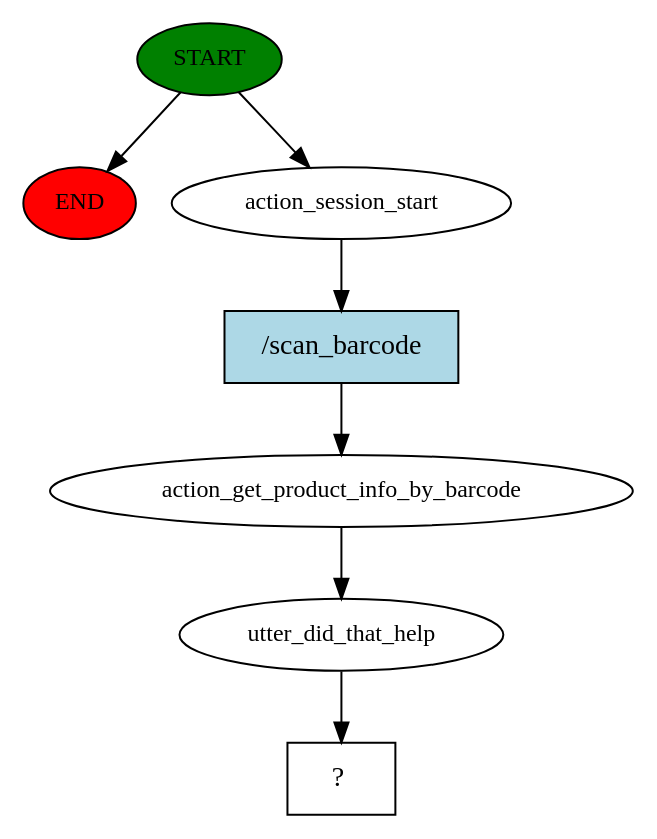
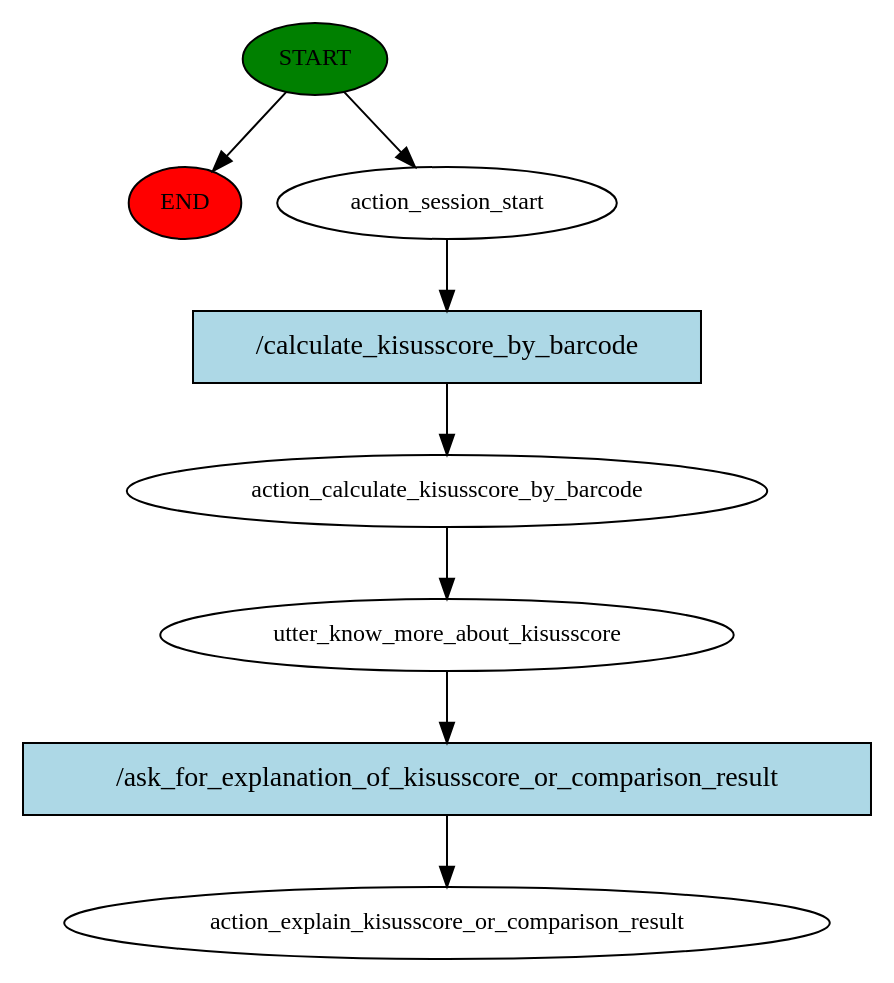
Before and after one commit to ronskoro/KISuscheck: the diagram in Rasa/story_graph.dot, drawn with Graphviz. The commit also changed 9 other files, not shown here.

```diff
--- a/Rasa/story_graph.dot
+++ b/Rasa/story_graph.dot
@@ -1,15 +1,17 @@
 digraph  {
 0 [class="start active", fillcolor=green, fontsize=12, label=START, style=filled];
 "-1" [class=end, fillcolor=red, fontsize=12, label=END, style=filled];
 1 [class=active, fontsize=12, label=action_session_start];
-2 [class=active, fontsize=12, label=action_get_product_info_by_barcode];
-3 [class=active, fontsize=12, label=utter_did_that_help];
-4 [class="intent dashed active", label="  ?  ", shape=rect];
-5 [class="intent active", fillcolor=lightblue, label="/scan_barcode", shape=rect, style=filled];
+2 [class=active, fontsize=12, label=action_calculate_kisusscore_by_barcode];
+3 [class=active, fontsize=12, label=utter_know_more_about_kisusscore];
+4 [class="dashed active", fontsize=12, label=action_explain_kisusscore_or_comparison_result];
+5 [class="intent active", fillcolor=lightblue, label="/calculate_kisusscore_by_barcode", shape=rect, style=filled];
+6 [class="intent active", fillcolor=lightblue, label="/ask_for_explanation_of_kisusscore_or_comparison_result", shape=rect, style=filled];
 0 -> "-1"  [class="", key=NONE, label=""];
 0 -> 1  [class=active, key=NONE, label=""];
 1 -> 5  [class=active, key=0];
 2 -> 3  [class=active, key=NONE, label=""];
-3 -> 4  [class=active, key=NONE, label=""];
+3 -> 6  [class=active, key=0];
 5 -> 2  [class=active, key=0];
+6 -> 4  [class=active, key=0];
 }
```
